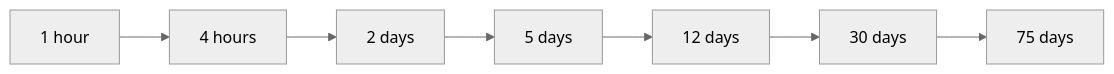
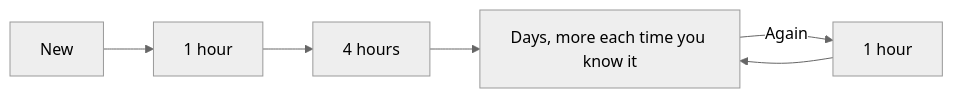
One commit to lucastkacz/ficha changed the first of 2 diagrams in README.md. Above: the diagram before and after it, drawn with Mermaid (neutral theme). The commit also changed other lines of this file and 189 other files, not shown here.

````diff
--- a/README.md
+++ b/README.md
@@ -46,4 +46,5 @@
 ```mermaid
 flowchart LR
-    s1["1 hour"] --> s2["4 hours"] --> s3["2 days"] --> s4["5 days"] --> s5["12 days"] --> s6["30 days"] --> s7["75 days"]
+    new["New"] --> l1["1 hour"] --> l2["4 hours"] --> g["Days, more each time you know it"]
+    g -- "Again" --> r["1 hour"] --> g
 ```
````
